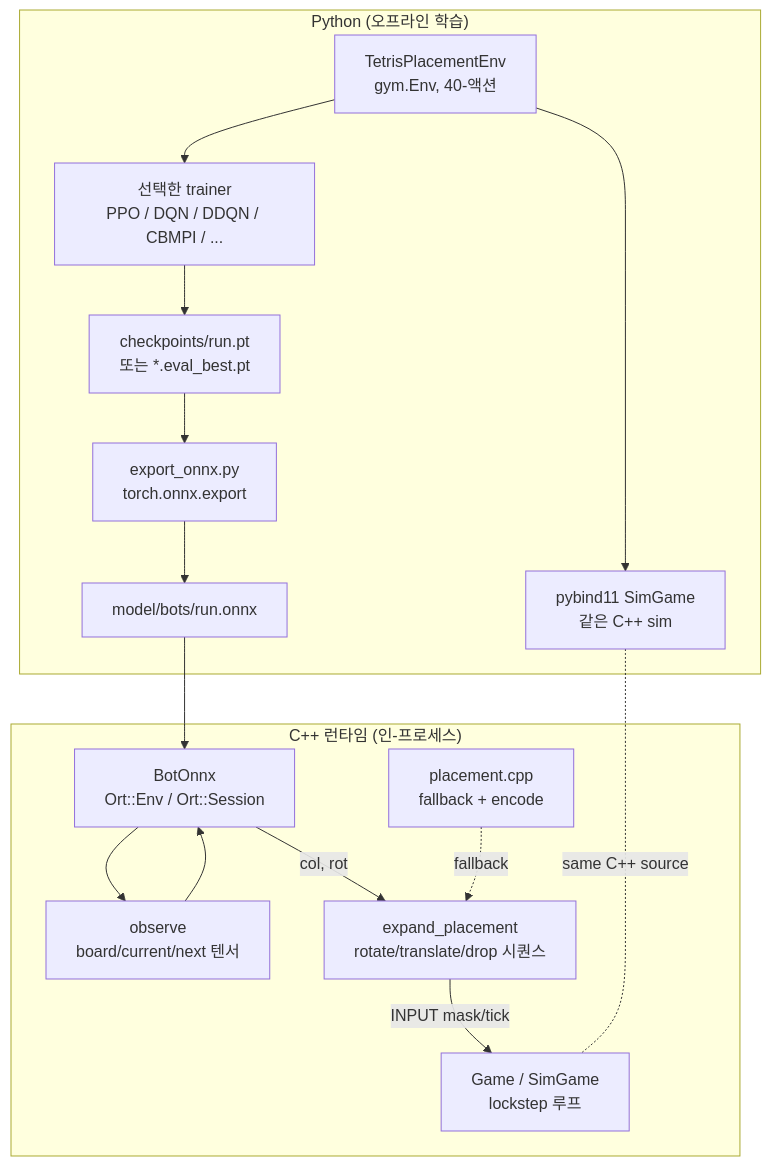
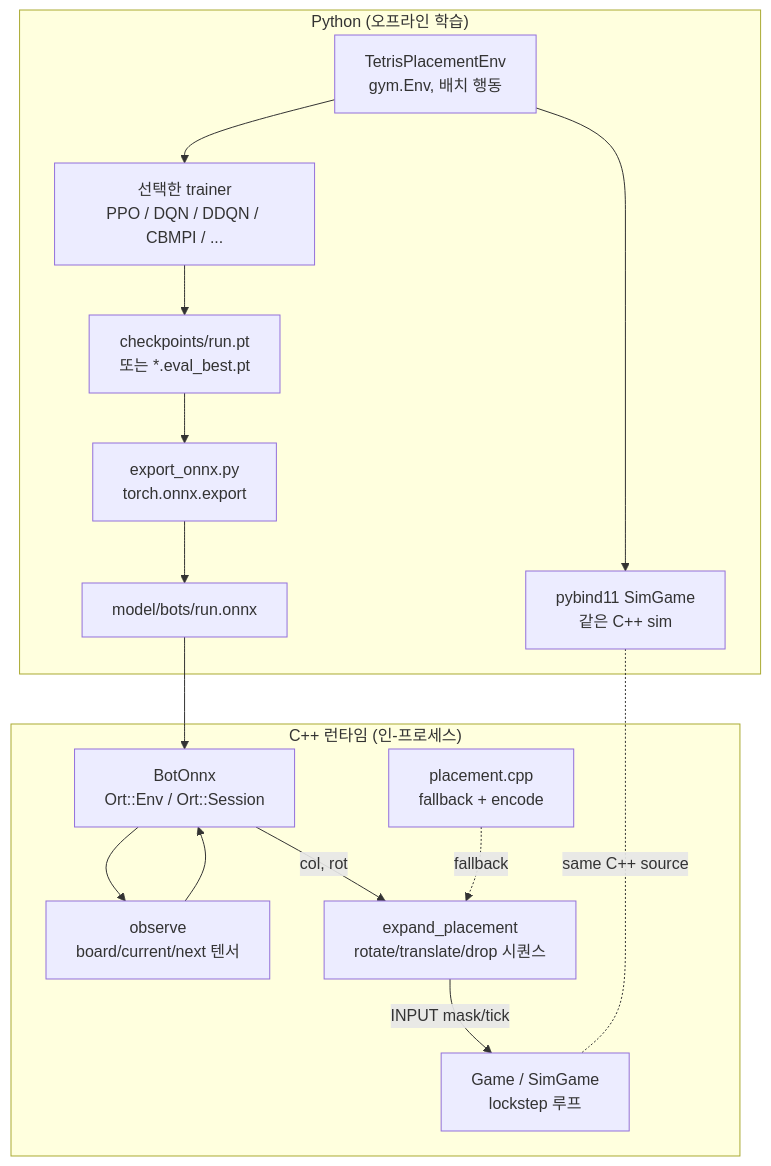
One commit to Rein-ArXiv/Tetris-Multiplayer-RL changed the first of 2 diagrams in docs/blog/part9-rl-onnx-bot.md. Above: the diagram before and after it, drawn with Mermaid. The commit also changed other lines of this file and 13601 other files, not shown here.

````diff
--- a/docs/blog/part9-rl-onnx-bot.md
+++ b/docs/blog/part9-rl-onnx-bot.md
@@ -46,34 +46,34 @@
 ```mermaid
 graph TB
     subgraph Python["Python (오프라인 학습)"]
-        Env[TetrisPlacementEnv<br/>gym.Env, 40-액션]
+        Env[TetrisPlacementEnv<br/>gym.Env, 배치 행동]
         Sim[pybind11 SimGame<br/>같은 C++ sim]
         Train[선택한 trainer<br/>PPO / DQN / DDQN / CBMPI / ...]
         Ckpt[checkpoints/run.pt<br/>또는 *.eval_best.pt]
         Export[export_onnx.py<br/>torch.onnx.export]
         Onnx[model/bots/run.onnx]
 
         Env --> Sim
         Env --> Train
         Train --> Ckpt
         Ckpt --> Export
         Export --> Onnx
     end
 
     subgraph Cpp["C++ 런타임 (인-프로세스)"]
         BotOnnx[BotOnnx<br/>Ort::Env / Ort::Session]
         Observe[observe<br/>board/current/next 텐서]
         Place[placement.cpp<br/>fallback + encode]
         Expand[expand_placement<br/>rotate/translate/drop 시퀀스]
         Game[Game / SimGame<br/>lockstep 루프]
 
         Onnx --> BotOnnx
         BotOnnx --> Observe
         Observe --> BotOnnx
         BotOnnx -->|col, rot| Expand
         Place -.fallback.-> Expand
         Expand -->|INPUT mask/tick| Game
     end
 
     Sim -.same C++ source.- Game
 ```
````
